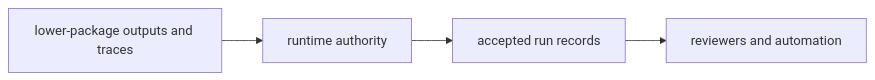
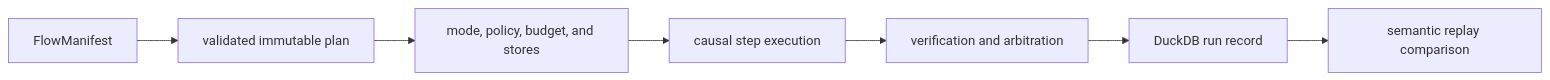
Before and after one commit to bijux/bijux-canon: the diagram in docs/06-bijux-canon-runtime/foundation/package-overview.md, drawn with Mermaid. The commit also changed other lines of this file and 2 other files, not shown here.

Commit message:
docs(runtime): explain package state and setup

````diff
--- a/docs/06-bijux-canon-runtime/foundation/package-overview.md
+++ b/docs/06-bijux-canon-runtime/foundation/package-overview.md
@@ -16,9 +23,12 @@
 ```mermaid
 flowchart LR
-    inputs["lower-package outputs and traces"]
-    runtime["runtime authority"]
-    accepted["accepted run records"]
-    downstream["reviewers and automation"]
+    manifest["FlowManifest"]
+    plan["validated immutable plan"]
+    authority["mode, policy, budget, and stores"]
+    execute["causal step execution"]
+    verify["verification and arbitration"]
+    persist["DuckDB run record"]
+    replay["semantic replay comparison"]
 
-    inputs --> runtime --> accepted --> downstream
+    manifest --> plan --> authority --> execute --> verify --> persist --> replay
 ```
````
